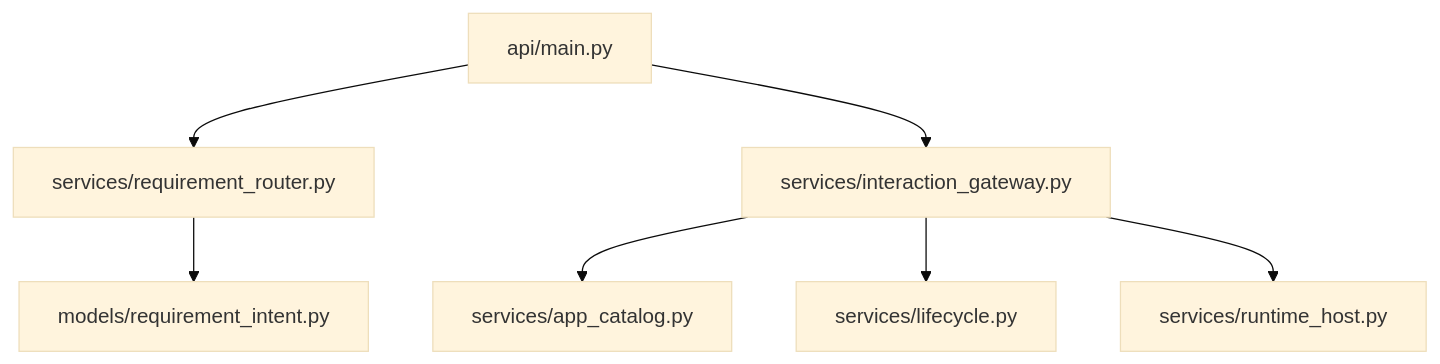
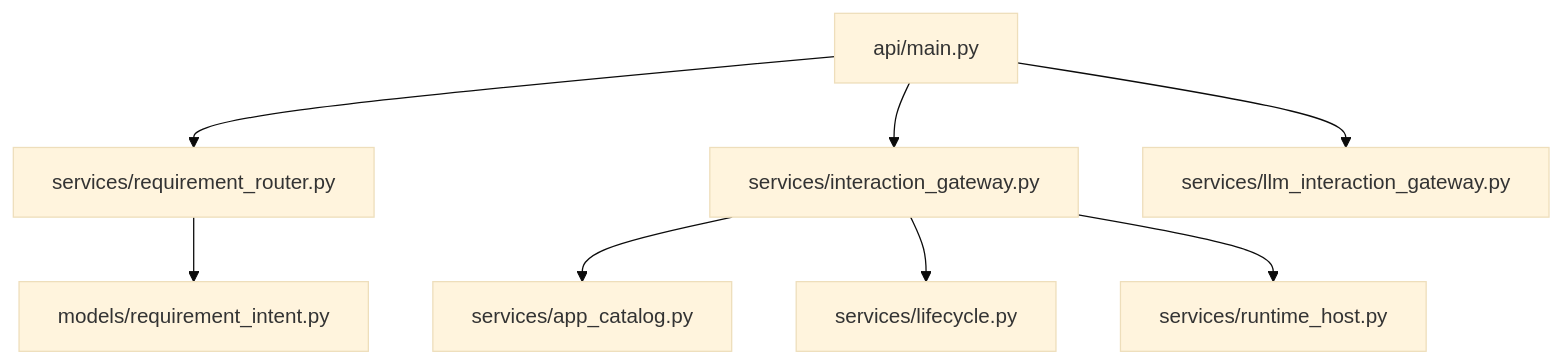
One commit to wangchienbo/AgentSystem changed the eighth of 25 diagrams in docs/system-relationship-map.md. Above: the diagram before and after it, drawn with Mermaid (base theme). The commit also changed other lines of this file and 17 other files, not shown here.

````diff
--- a/docs/system-relationship-map.md
+++ b/docs/system-relationship-map.md
@@ -203,9 +205,10 @@
 ```mermaid
 graph TD
     RR[services/requirement_router.py] --> MRI[models/requirement_intent.py]
     IG[services/interaction_gateway.py] --> ACAT[services/app_catalog.py]
     IG --> LC[services/lifecycle.py]
     IG --> RH[services/runtime_host.py]
     API[api/main.py] --> RR
     API --> IG
+    API --> LIG[services/llm_interaction_gateway.py]
 ```
````
